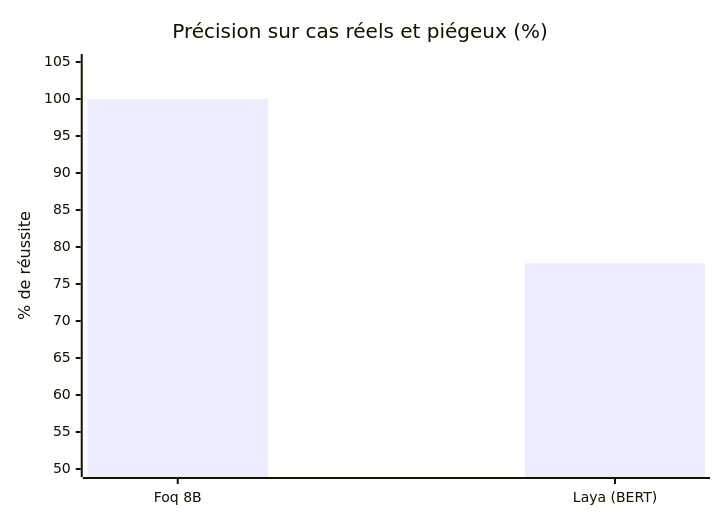
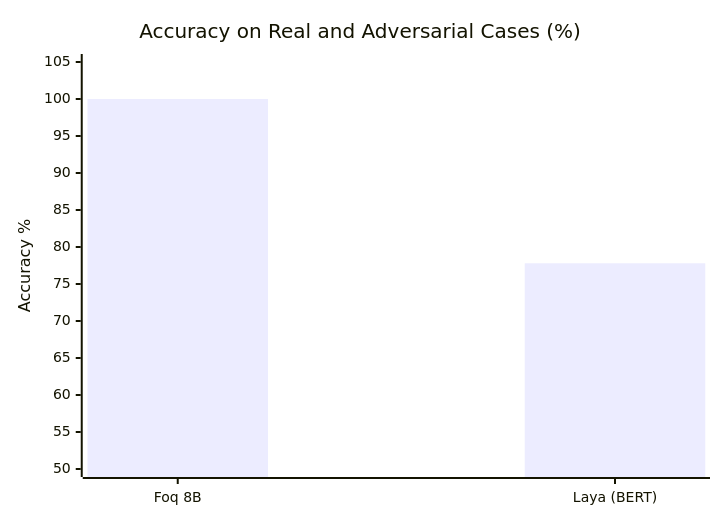
The sixth of 6 diagrams in BENCHMARKS.md (yohanargentina-oss/Foq), drawn with Mermaid before and after one commit. The commit also changed other lines of this file and 15 other files, not shown here.

````diff
--- a/BENCHMARKS.md
+++ b/BENCHMARKS.md
@@ -168,7 +148,7 @@
 ```mermaid
 xychart-beta
-    title "Précision sur cas réels et piégeux (%)"
+    title "Accuracy on Real and Adversarial Cases (%)"
     x-axis ["Foq 8B", "Laya (BERT)"]
-    y-axis "% de réussite" 50 --> 105
+    y-axis "Accuracy %" 50 --> 105
     bar [100.0, 77.8]
 ```
````
